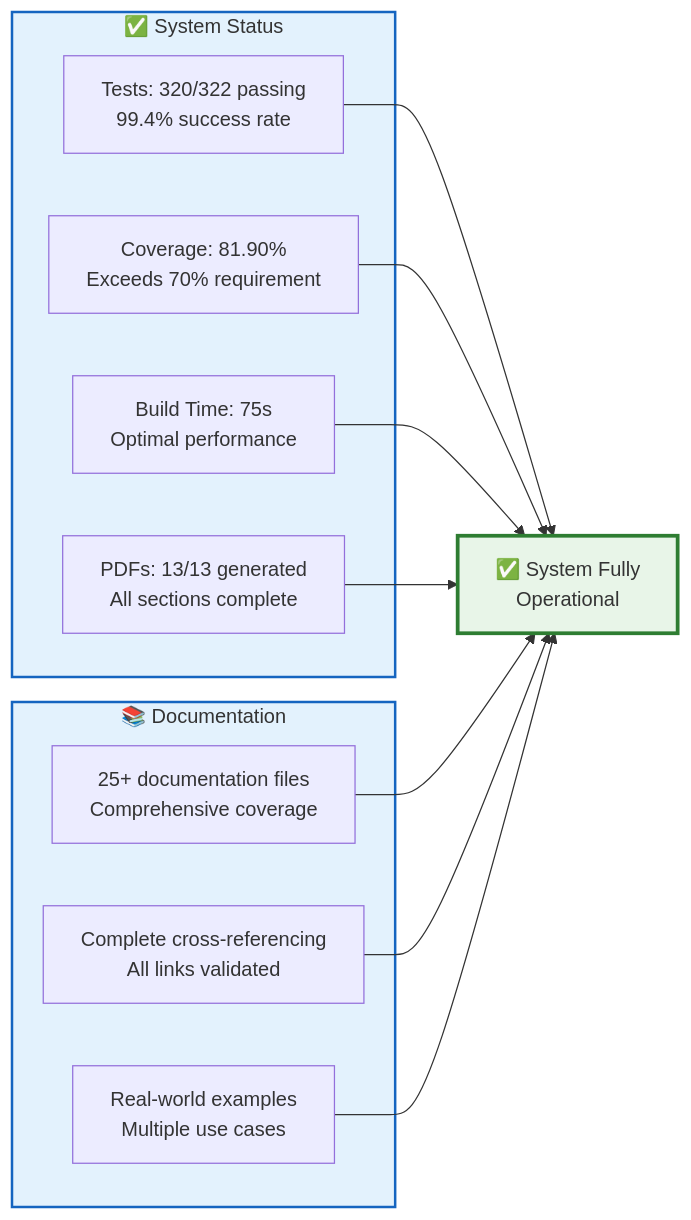
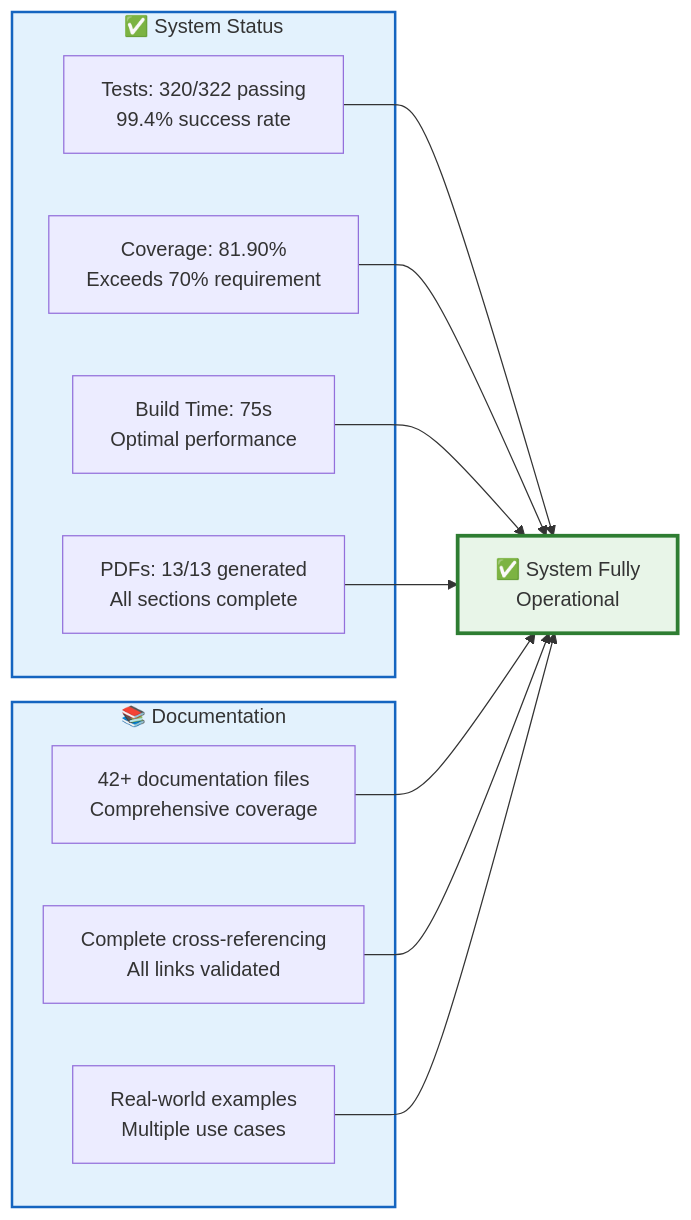
The second of 6 diagrams in README.md (docxology/template), drawn with Mermaid before and after one commit. The commit also changed other lines of this file and 45 other files, not shown here.

````diff
--- a/README.md
+++ b/README.md
@@ -188,29 +186,29 @@
 ```mermaid
 graph LR
     subgraph Status["✅ System Status"]
         TESTS[Tests: 320/322 passing<br/>99.4% success rate]
         COV[Coverage: 81.90%<br/>Exceeds 70% requirement]
         BUILD[Build Time: 75s<br/>Optimal performance]
         PDFS[PDFs: 13/13 generated<br/>All sections complete]
     end
     
     subgraph Documentation["📚 Documentation"]
-        DOCS[25+ documentation files<br/>Comprehensive coverage]
+        DOCS[42+ documentation files<br/>Comprehensive coverage]
         CROSS[Complete cross-referencing<br/>All links validated]
         EXAMPLES[Real-world examples<br/>Multiple use cases]
     end
     
     TESTS --> VERIFIED[✅ System Fully<br/>Operational]
     COV --> VERIFIED
     BUILD --> VERIFIED
     PDFS --> VERIFIED
     DOCS --> VERIFIED
     CROSS --> VERIFIED
     EXAMPLES --> VERIFIED
     
     classDef success fill:#e8f5e8,stroke:#2e7d32,stroke-width:3px
     classDef metrics fill:#e3f2fd,stroke:#1565c0,stroke-width:2px
     
     class VERIFIED success
     class Status,Documentation metrics
 ```
````
